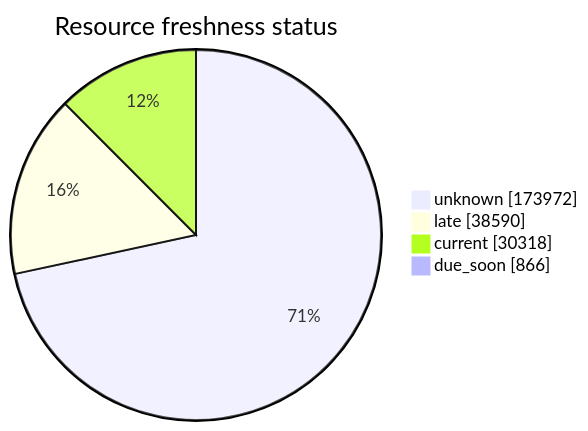
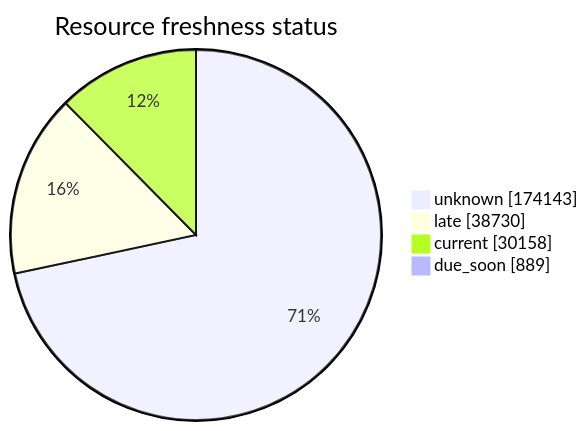
Before and after one commit to open-data/analytics-corporate-reporting: the third of 5 diagrams in FreshCheck/README.md, drawn with Mermaid. The commit also changed other lines of this file and 3 other files, not shown here.

````diff
--- a/FreshCheck/README.md
+++ b/FreshCheck/README.md
@@ -77,7 +77,7 @@
 ```mermaid
 pie showData title Resource freshness status
-    "unknown": 173972
-    "late": 38590
-    "current": 30318
-    "due_soon": 866
+    "unknown": 174143
+    "late": 38730
+    "current": 30158
+    "due_soon": 889
 ```
````
